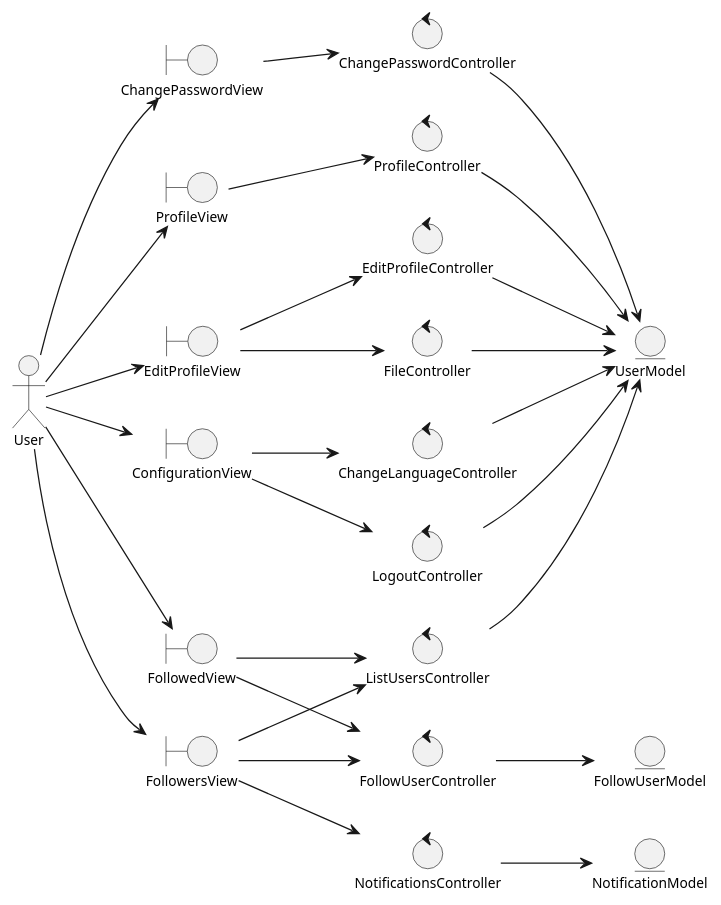
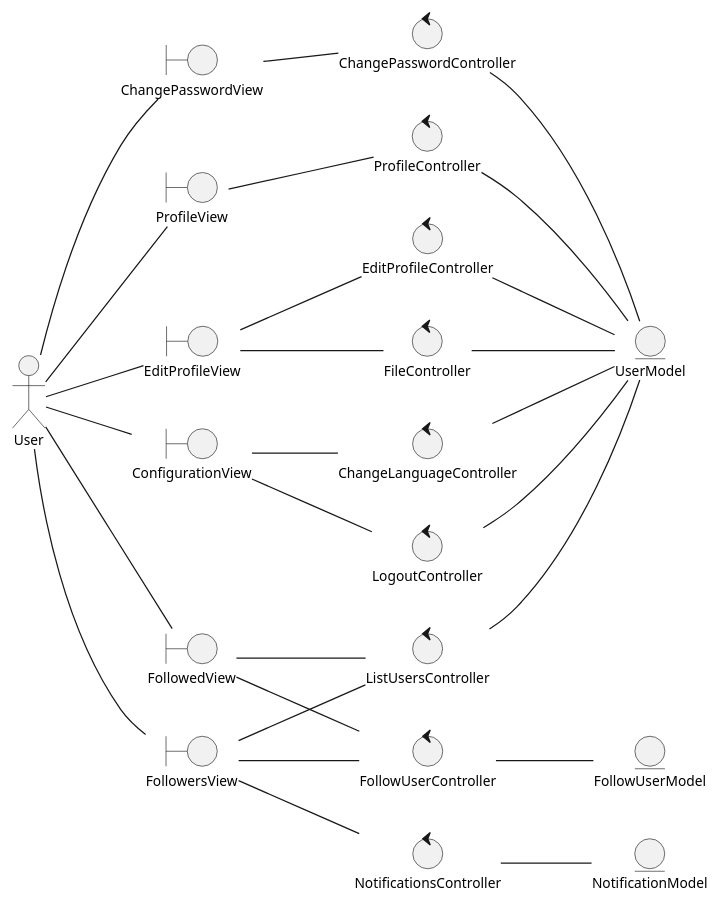
Before and after one commit to valeraruggierotesisucv/tesis-frameworks-mobile-diagrams: the diagram in Análisis/Clases de Análisis/analysisClassDiagramUserManagement.plantuml, drawn with PlantUML. The commit also changed 20 other files, not shown here.

Commit message:
diagrama de traza + diagrama de secuencia + correcciones de maria paula

```diff
--- a/Análisis/Clases de Análisis/analysisClassDiagramUserManagement.plantuml
+++ b/Análisis/Clases de Análisis/analysisClassDiagramUserManagement.plantuml
@@ -1,59 +1,59 @@
 @startuml analysisClassDiagramUserManagement
 skinparam style strictuml
 left to right direction
 skinparam defaultTextAlignment center
 skinparam defaultFontSize 11
 
 actor "User" as user
 
 entity "UserModel" as userModel
 entity "FollowUserModel" as followUserModel
 entity "NotificationModel" as notificationModel
 
 boundary "ProfileView" as profileView
 boundary "EditProfileView" as editProfileView
 boundary "ConfigurationView" as configurationView
 boundary "ChangePasswordView" as changePasswordView
 boundary "FollowersView" as followersView
 boundary "FollowedView" as followedView
 
 control "ProfileController" as profileController
 control "EditProfileController" as editProfileController
 control "ChangeLanguageController" as changeLanguageController
 control "ChangePasswordController" as changePasswordController
 control "ListUsersController" as listUsersController
 control "LogoutController" as logoutController
 control "FileController" as fileController
 control "LogoutController" as logoutController
 control "FollowUserController" as followUserController
 control "NotificationsController" as notificationsController
 
-user --> profileView
-user --> editProfileView
-user --> configurationView
-user --> changePasswordView
-user --> followersView
-user --> followedView
+user -- profileView
+user -- editProfileView
+user -- configurationView
+user -- changePasswordView
+user -- followersView
+user -- followedView
 
-profileView --> profileController
-editProfileView --> editProfileController
-editProfileView --> fileController
-configurationView --> changeLanguageController
-configurationView --> logoutController
-changePasswordView --> changePasswordController
-followersView --> listUsersController
-followersView --> followUserController
-followersView --> notificationsController
-followedView --> listUsersController
-followedView --> followUserController
-profileController --> userModel
-editProfileController --> userModel
-changeLanguageController --> userModel
-changePasswordController --> userModel
-listUsersController --> userModel
-logoutController --> userModel
-fileController --> userModel
-followUserController --> followUserModel
-notificationsController --> notificationModel
+profileView -- profileController
+editProfileView -- editProfileController
+editProfileView -- fileController
+configurationView -- changeLanguageController
+configurationView -- logoutController
+changePasswordView -- changePasswordController
+followersView -- listUsersController
+followersView -- followUserController
+followersView -- notificationsController
+followedView -- listUsersController
+followedView -- followUserController
+profileController -- userModel
+editProfileController -- userModel
+changeLanguageController -- userModel
+changePasswordController -- userModel
+listUsersController -- userModel
+logoutController -- userModel
+fileController -- userModel
+followUserController -- followUserModel
+notificationsController -- notificationModel
 
 @enduml
```
